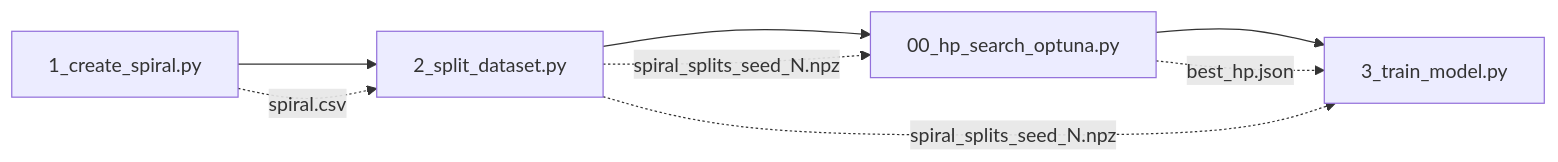
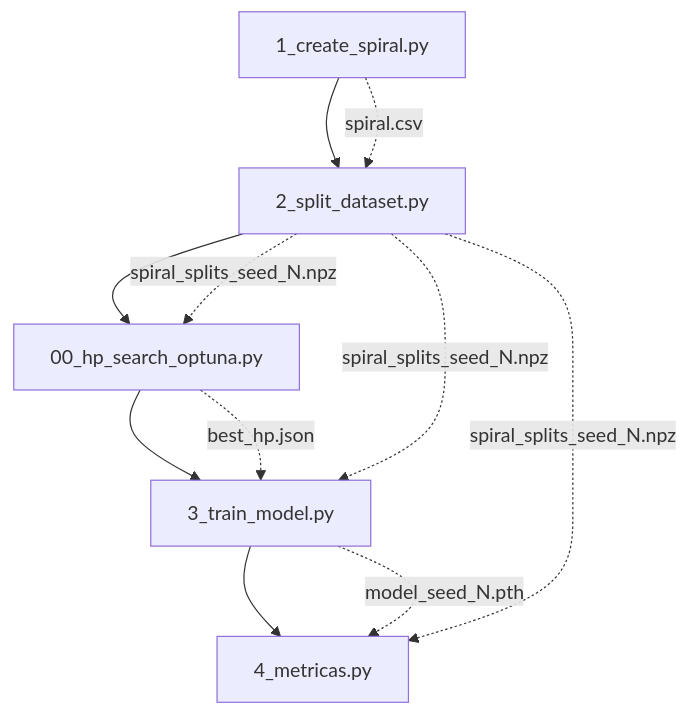
One commit to santimebi/benchmark changed the diagram in doc/pipeline.md. Above: the diagram before and after it, drawn with Mermaid. The commit also changed other lines of this file and 4 other files, not shown here.

````diff
--- a/doc/pipeline.md
+++ b/doc/pipeline.md
@@ -47,11 +46,14 @@
 ```mermaid
-flowchart LR
+flowchart TD
     A["1_create_spiral.py"] --> B["2_split_dataset.py"]
     B --> C["00_hp_search_optuna.py"]
     C --> D["3_train_model.py"]
+    D --> E["4_metricas.py"]
     
     A -. "spiral.csv" .-> B
     B -. "spiral_splits_seed_N.npz" .-> C
     C -. "best_hp.json" .-> D
     B -. "spiral_splits_seed_N.npz" .-> D
+    D -. "model_seed_N.pth" .-> E
+    B -. "spiral_splits_seed_N.npz" .-> E
 ```
````
